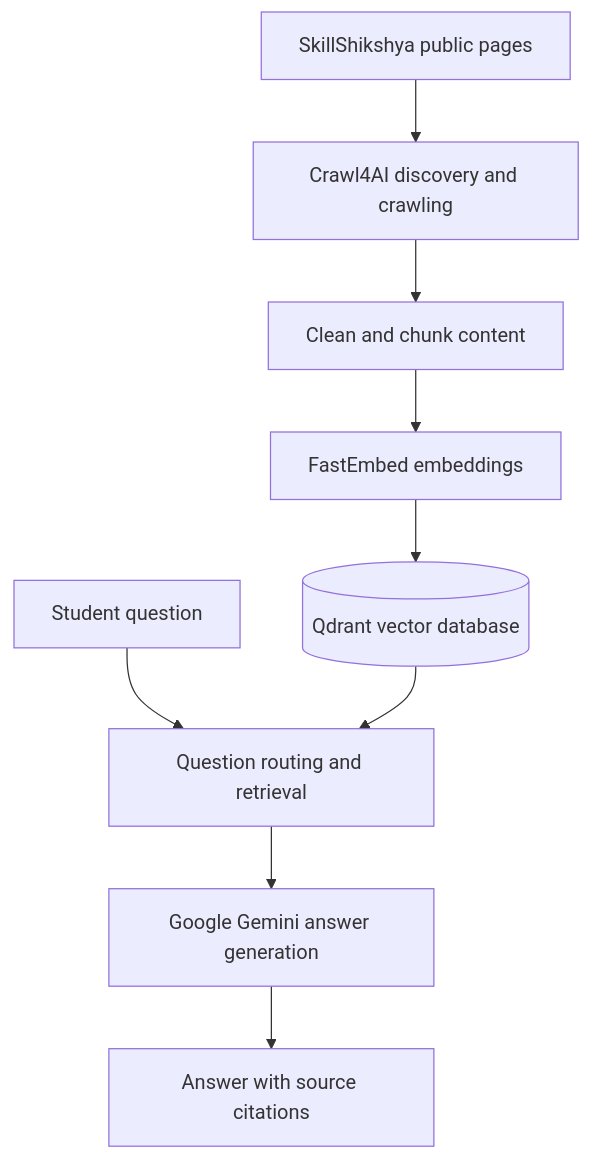
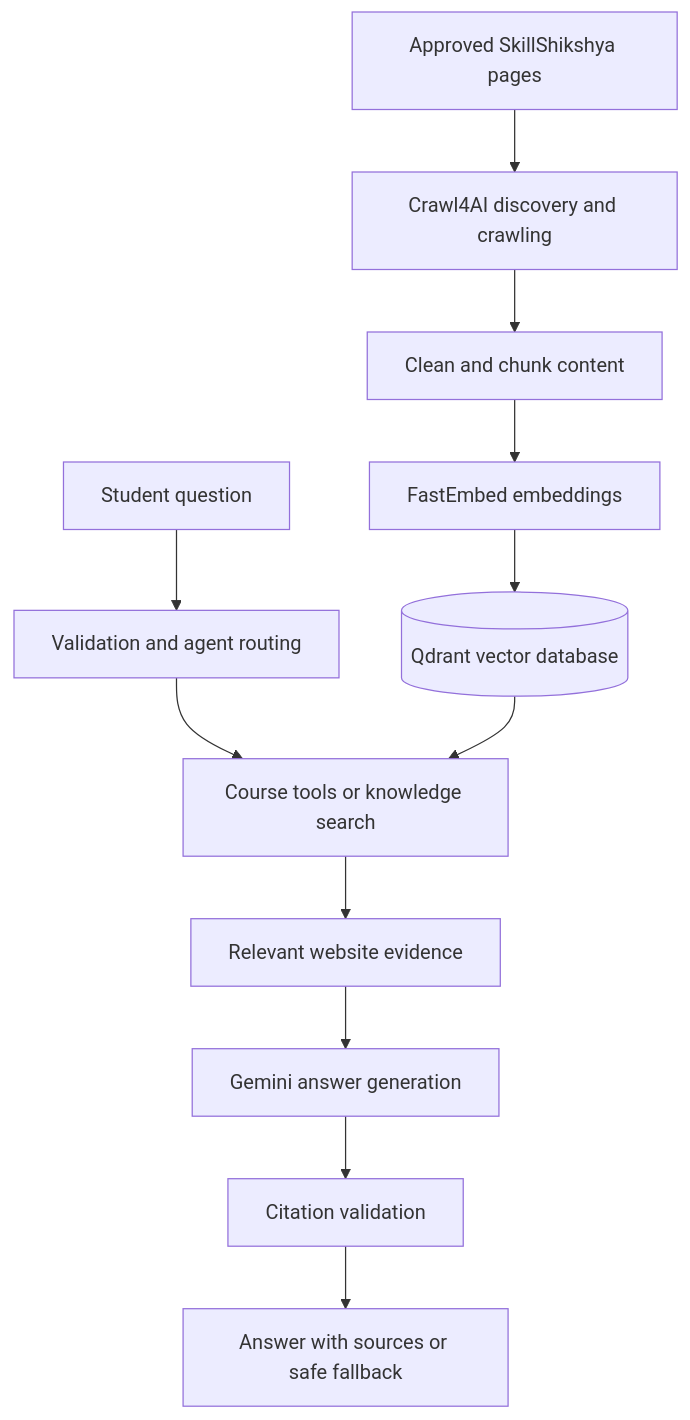
One commit to GaneshPokharel-tech/skillsathi-ai changed the first of 2 diagrams in README.md. Above: the diagram before and after it, drawn with Mermaid. The commit also changed other lines of this file, not shown here.

````diff
--- a/README.md
+++ b/README.md
@@ -125,11 +139,14 @@
 ```mermaid
 flowchart TD
-    A[SkillShikshya public pages] --> B[Crawl4AI discovery and crawling]
+    A[Approved SkillShikshya pages] --> B[Crawl4AI discovery and crawling]
     B --> C[Clean and chunk content]
     C --> D[FastEmbed embeddings]
     D --> E[(Qdrant vector database)]
-    F[Student question] --> G[Question routing and retrieval]
-    E --> G
-    G --> H[Google Gemini answer generation]
-    H --> I[Answer with source citations]
+    F[Student question] --> G[Validation and agent routing]
+    G --> H[Course tools or knowledge search]
+    E --> H
+    H --> I[Relevant website evidence]
+    I --> J[Gemini answer generation]
+    J --> K[Citation validation]
+    K --> L[Answer with sources or safe fallback]
 ```
````
